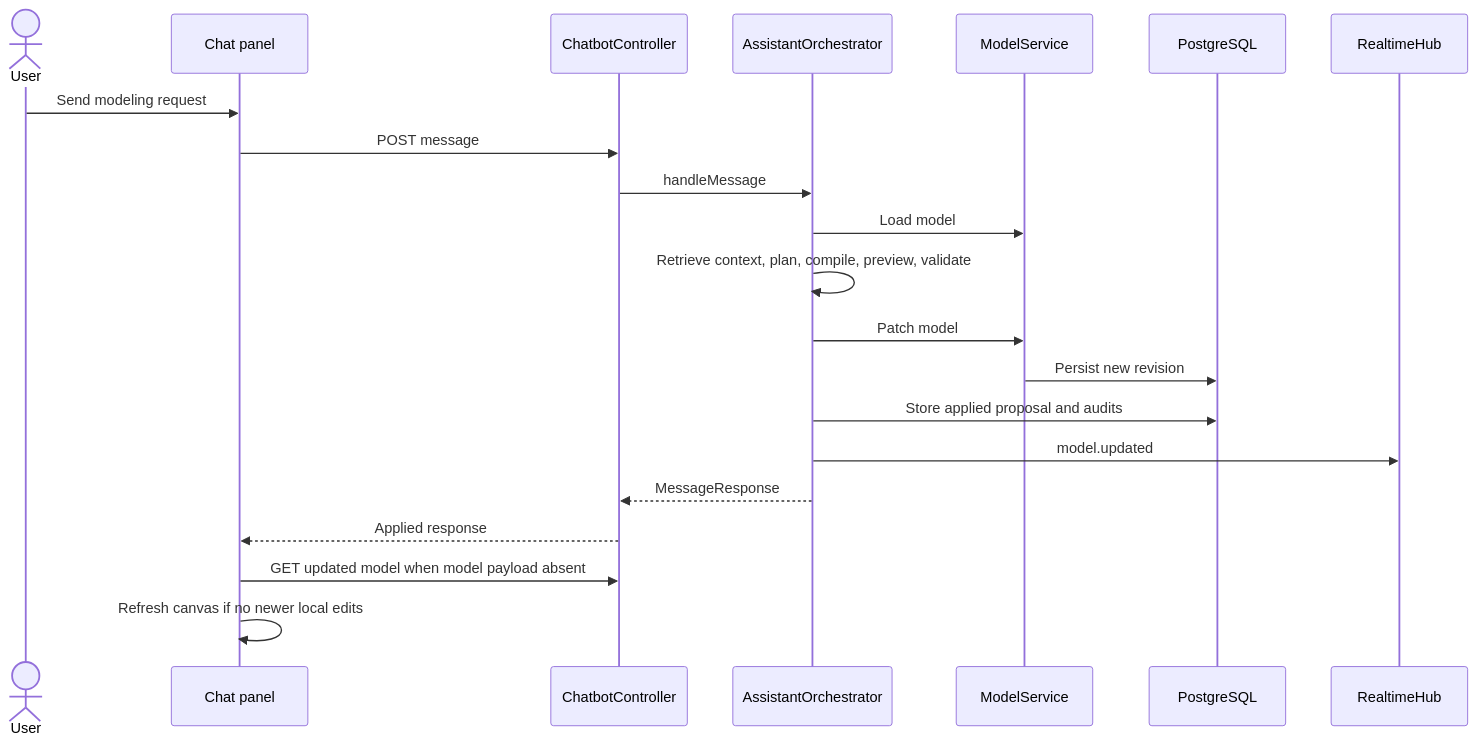
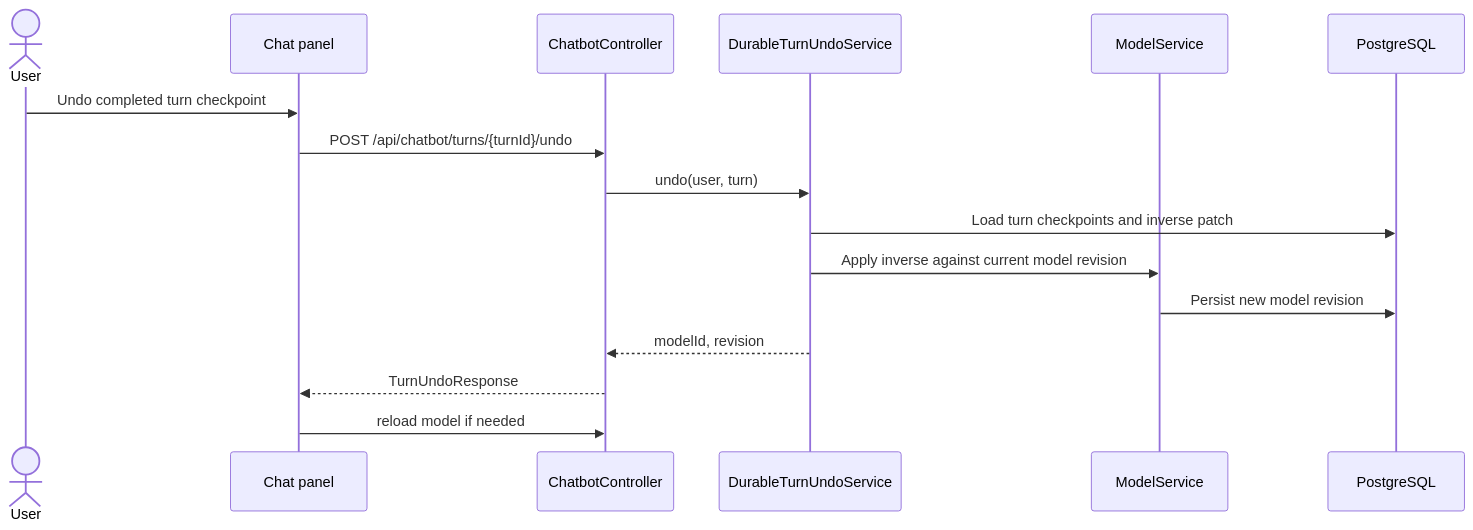
Before and after one commit to mehdieidi/modriss: the third of 3 diagrams in docs/diagrams/15-ai-assistant-turn-and-proposal.md, drawn with Mermaid. The commit also changed other lines of this file and 37 other files, not shown here.

First line of the commit message:
docs: refactor AI assistant documentation and improve clarity on durable turns, checkpoints, and event handling

````diff
--- a/docs/diagrams/15-ai-assistant-turn-and-proposal.md
+++ b/docs/diagrams/15-ai-assistant-turn-and-proposal.md
@@ -73,24 +59,19 @@
 ```mermaid
 sequenceDiagram
     actor User
     participant UI as Chat panel
     participant API as ChatbotController
-    participant O as AssistantOrchestrator
+    participant Undo as DurableTurnUndoService
     participant M as ModelService
     participant DB as PostgreSQL
-    participant RT as RealtimeHub
 
-    User->>UI: Send modeling request
-    UI->>API: POST message
-    API->>O: handleMessage
-    O->>M: Load model
-    O->>O: Retrieve context, plan, compile, preview, validate
-    O->>M: Patch model
-    M->>DB: Persist new revision
-    O->>DB: Store applied proposal and audits
-    O->>RT: model.updated
-    O-->>API: MessageResponse
-    API-->>UI: Applied response
-    UI->>API: GET updated model when model payload absent
-    UI->>UI: Refresh canvas if no newer local edits
+    User->>UI: Undo completed turn checkpoint
+    UI->>API: POST /api/chatbot/turns/{turnId}/undo
+    API->>Undo: undo(user, turn)
+    Undo->>DB: Load turn checkpoints and inverse patch
+    Undo->>M: Apply inverse against current model revision
+    M->>DB: Persist new model revision
+    Undo-->>API: modelId, revision
+    API-->>UI: TurnUndoResponse
+    UI->>API: reload model if needed
 ```
````
